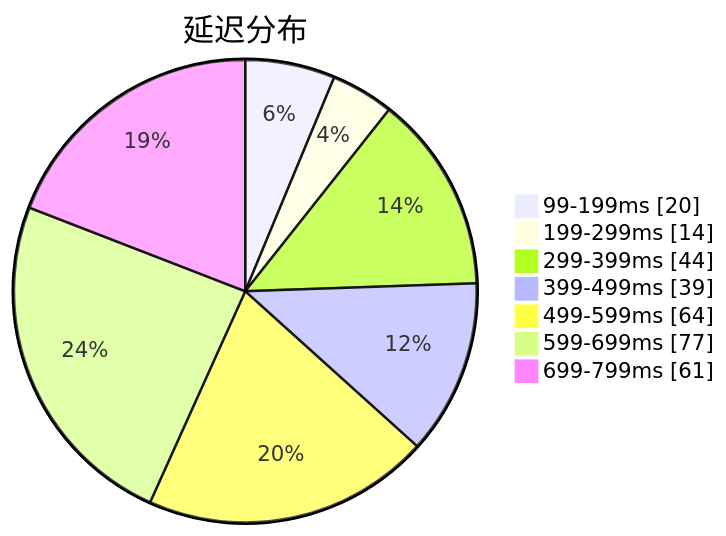
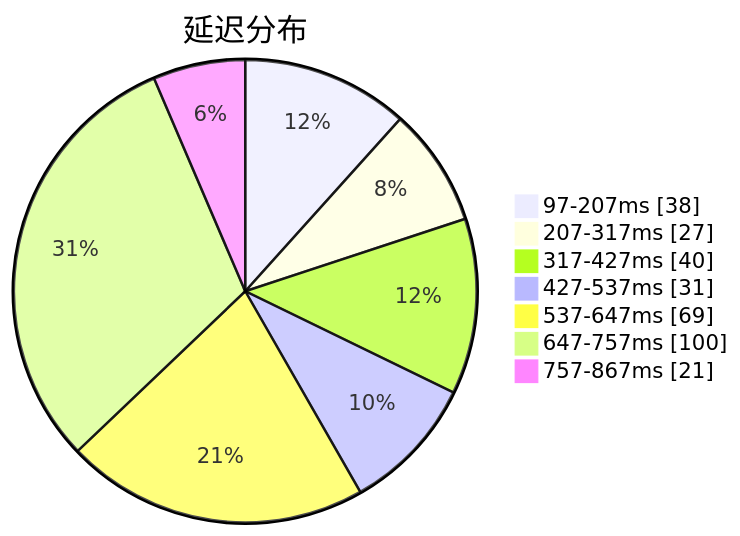
Before and after one commit to sinspired/airport: the first of 3 diagrams in subs/statistics/tested_within.md, drawn with Mermaid. The commit also changed other lines of this file and 2 other files, not shown here.

````diff
--- a/subs/statistics/tested_within.md
+++ b/subs/statistics/tested_within.md
@@ -2,11 +2,11 @@
 ```mermaid
 pie showData
 title 延迟分布
-"99-199ms" : 20
-"199-299ms" : 14
-"299-399ms" : 44
-"399-499ms" : 39
-"499-599ms" : 64
-"599-699ms" : 77
-"699-799ms" : 61
+"97-207ms" : 38
+"207-317ms" : 27
+"317-427ms" : 40
+"427-537ms" : 31
+"537-647ms" : 69
+"647-757ms" : 100
+"757-867ms" : 21
 ```
````
